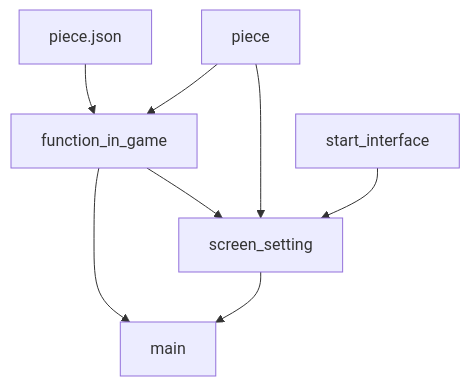
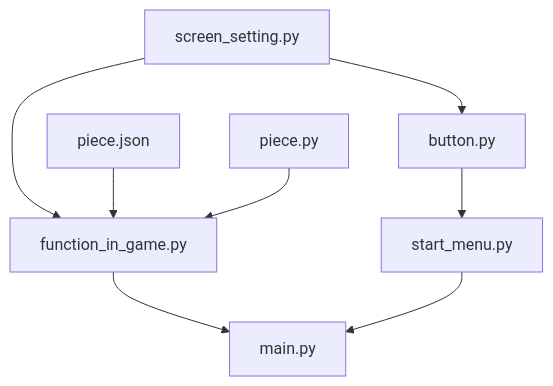
One commit to YanXingYu-star/animalchess changed the diagram in readme.md. Above: the diagram before and after it, drawn with Mermaid. The commit also changed other lines of this file and 5 other files, not shown here.

````diff
--- a/readme.md
+++ b/readme.md
@@ -12,10 +16,9 @@
 ```mermaid
 graph TD
-piece.json-->function_in_game
-piece --> function_in_game -->screen_setting
-piece --> screen_setting
-start_interface --> screen_setting
-function_in_game -->main
-screen_setting --> main
+screen_setting.py --> function_in_game.py
+piece.json-->function_in_game.py
+piece.py --> function_in_game.py
+function_in_game.py -->main.py
+screen_setting.py--> button.py --> start_menu.py --> main.py
 
 ```
````
